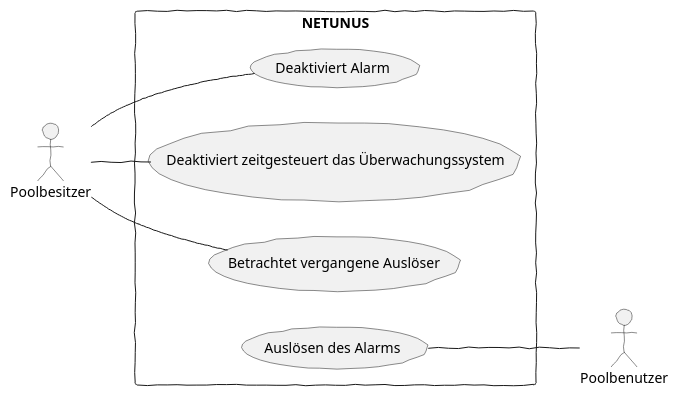
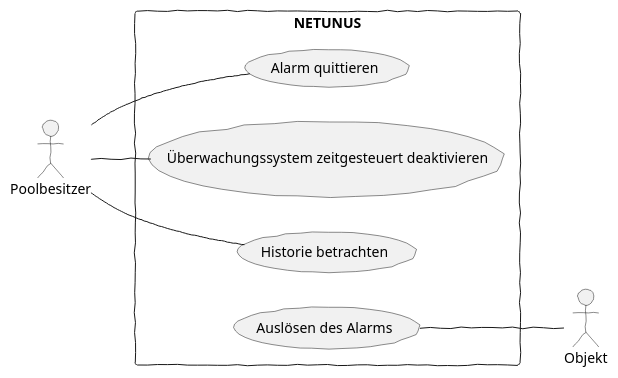
One commit to KonstantinFrank01/safer-pool-docs changed the first of 4 diagrams in asciidocs/index.adoc. Above: the diagram before and after it, drawn with PlantUML. The commit also changed other lines of this file, not shown here.

Commit message:
Change some information in the system specification based on our meeting with prof. stuetz on tuesday 25-03-20 and improve the use-case-diagram

```diff
--- a/asciidocs/index.adoc
+++ b/asciidocs/index.adoc
@@ -46,17 +46,17 @@
 [plantuml]
 ----
 @startuml
 skinparam handwritten true
 left to right direction
 actor Poolbesitzer
-actor Poolbenutzer
+actor Objekt
 rectangle NETUNUS{
     /'Poolbesitzer -- (Bekommt Benachrichtigung)'/
-    Poolbesitzer -- (Deaktiviert Alarm)
-    Poolbesitzer -- (Deaktiviert zeitgesteuert das Überwachungssystem)
-    Poolbesitzer -- (Betrachtet vergangene Auslöser)
+    Poolbesitzer -- (Alarm quittieren)
+    Poolbesitzer -- (Überwachungssystem zeitgesteuert deaktivieren)
+    Poolbesitzer -- (Historie betrachten)
     /'(Bekommt Benachrichtigung) .> (Auslösen des Alarms) : <<extends>>'/
-    (Auslösen des Alarms) -- Poolbenutzer
+    (Auslösen des Alarms) -- Objekt
 }
 @enduml
 ----
```
